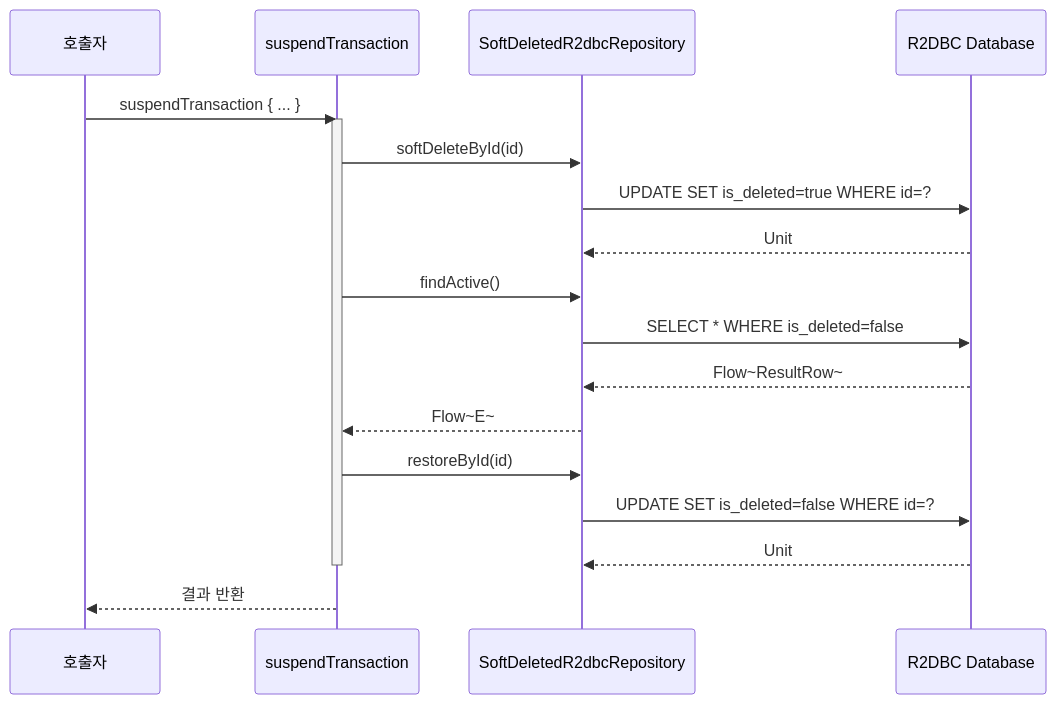
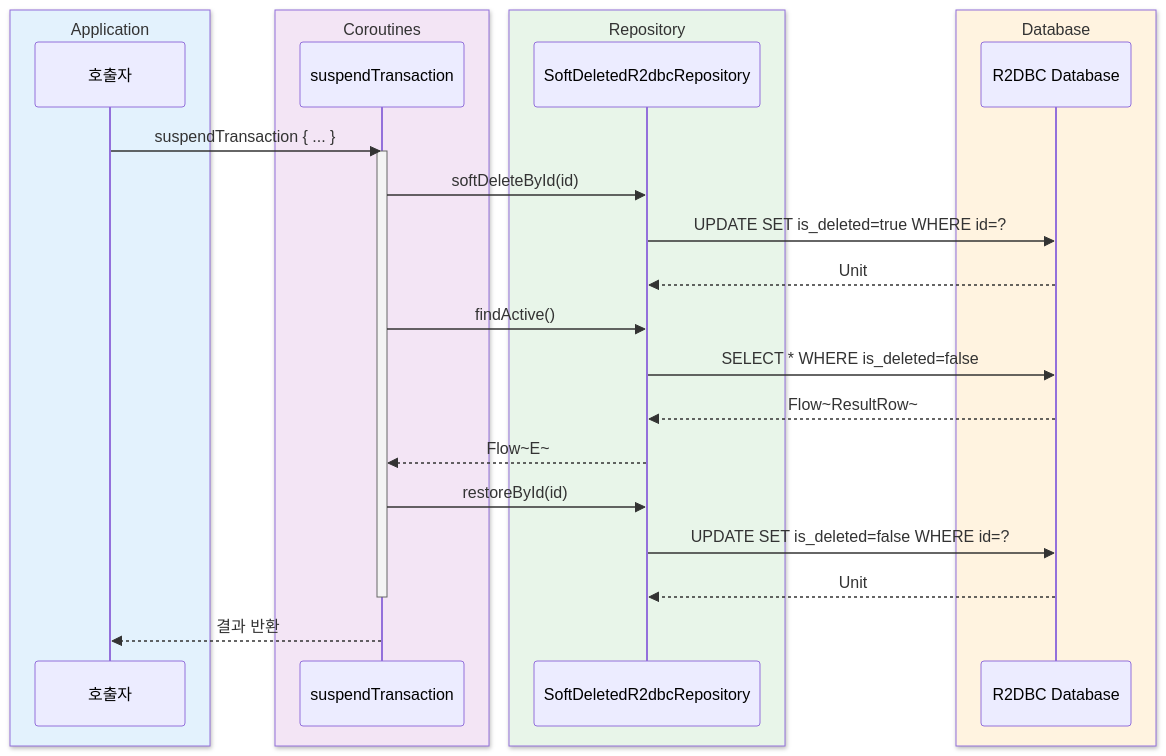
The fourth of 4 diagrams in data/exposed-r2dbc/README.ko.md (bluetape4k/bluetape4k-projects), drawn with Mermaid before and after one commit. The commit also changed other lines of this file and 221 other files, not shown here.

First line of the commit message:
docs: 전체 모듈 README UML 다이어그램 보강 및 색상 업그레이드

````diff
--- a/data/exposed-r2dbc/README.ko.md
+++ b/data/exposed-r2dbc/README.ko.md
@@ -311,26 +328,34 @@
 ```mermaid
 sequenceDiagram
-    participant C as 호출자
-    participant T as suspendTransaction
-    participant R as SoftDeletedR2dbcRepository
-    participant DB as R2DBC Database
+    box rgb(227, 242, 253) Application
+        participant C as 호출자
+    end
+    box rgb(243, 229, 245) Coroutines
+        participant T as suspendTransaction
+    end
+    box rgb(232, 245, 233) Repository
+        participant R as SoftDeletedR2dbcRepository
+    end
+    box rgb(255, 243, 224) Database
+        participant DB as R2DBC Database
+    end
 
     C->>T: suspendTransaction { ... }
     activate T
 
     T->>R: softDeleteById(id)
     R->>DB: UPDATE SET is_deleted=true WHERE id=?
     DB-->>R: Unit
 
     T->>R: findActive()
     R->>DB: SELECT * WHERE is_deleted=false
     DB-->>R: Flow~ResultRow~
     R-->>T: Flow~E~
 
     T->>R: restoreById(id)
     R->>DB: UPDATE SET is_deleted=false WHERE id=?
     DB-->>R: Unit
 
     deactivate T
     T-->>C: 결과 반환
 ```
````
